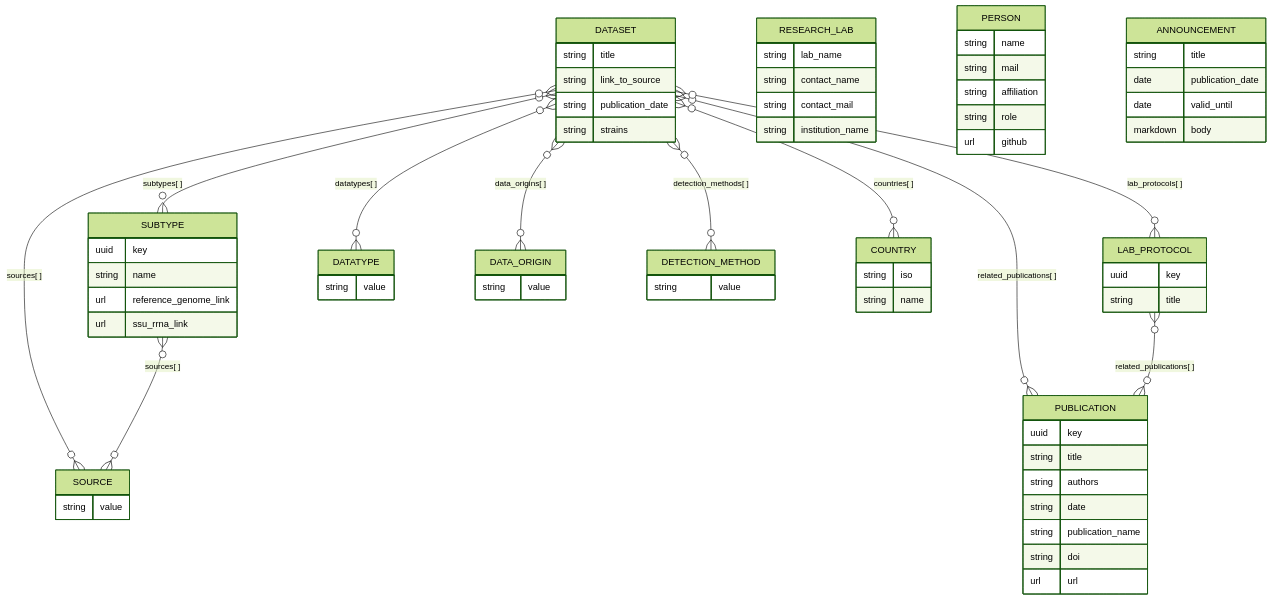
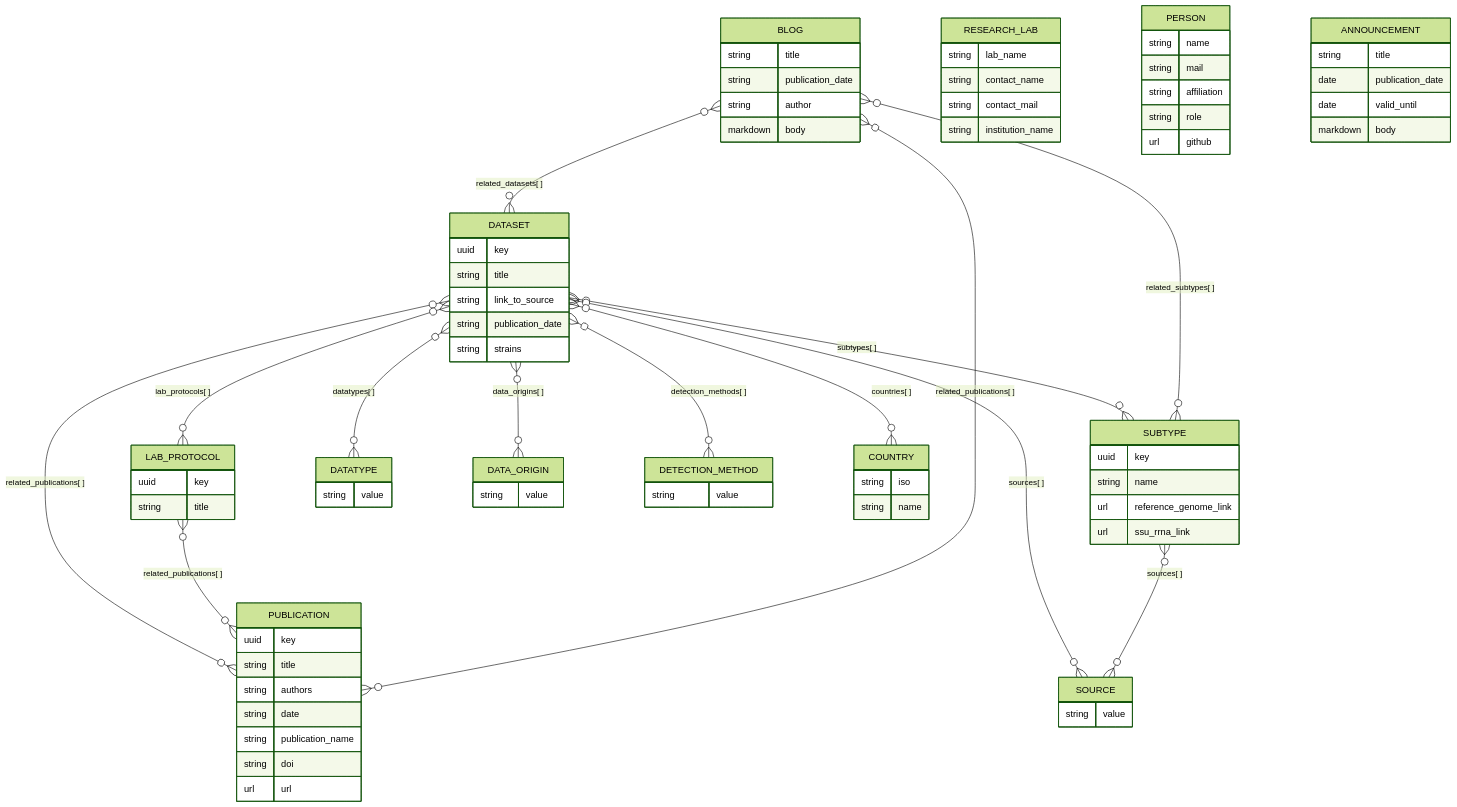
The diagram in content/documentation/technical/datastructure/index.md (Tsaousis-Lab/blastodb), drawn with Mermaid (forest theme) before and after one commit. The commit also changed other lines of this file and 27 other files, not shown here.

```diff
--- a/content/documentation/technical/datastructure/index.md
+++ b/content/documentation/technical/datastructure/index.md
@@ -27,12 +27,22 @@
     DATASET }o--o{ DETECTION_METHOD : "detection_methods[ ]"
     DATASET }o--o{ COUNTRY : "countries[ ]"
     SUBTYPE }o--o{ SOURCE : "sources[ ]"
+    BLOG }o--o{ PUBLICATION : "related_publications[ ]"
+    BLOG }o--o{ SUBTYPE : "related_subtypes[ ]"
+    BLOG }o--o{ DATASET : "related_datasets[ ]"
 
     DATASET {
+        uuid key
         string title
         string link_to_source
         string publication_date
         string strains
+    }
+    BLOG {
+        string title
+        string publication_date
+        string author
+        markdown body
     }
     SUBTYPE {
         uuid key
```
